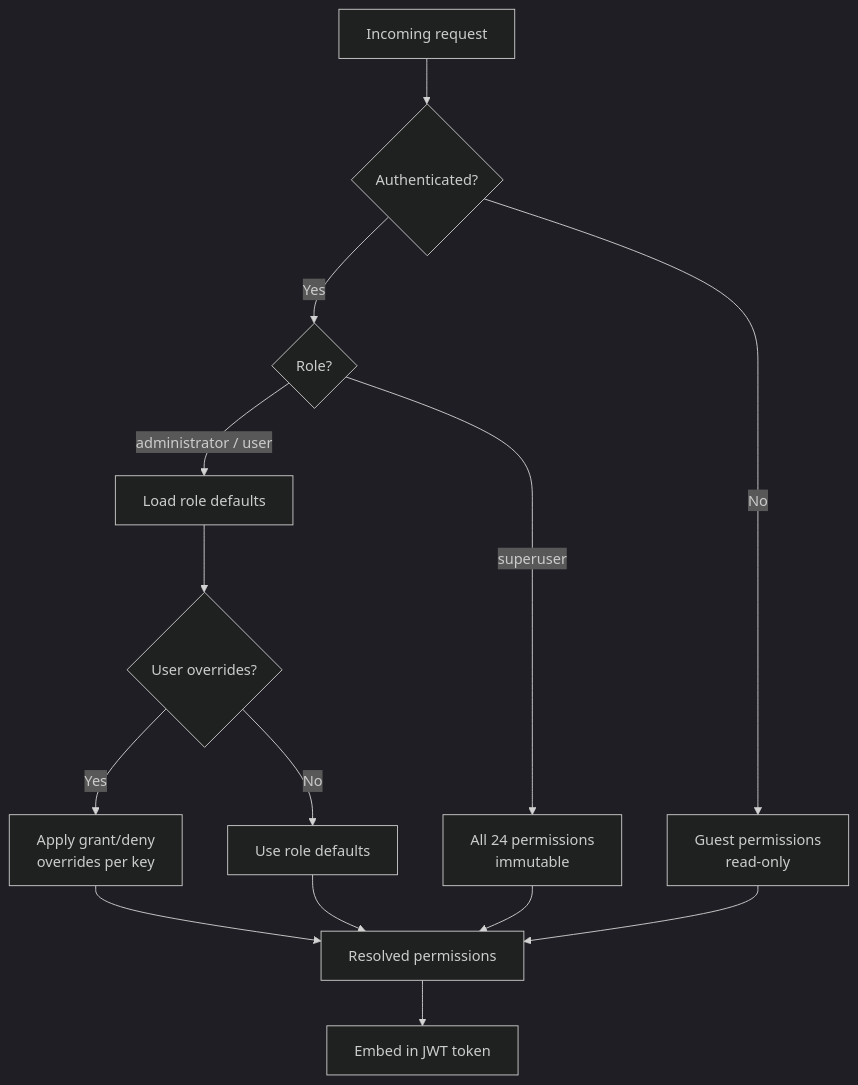
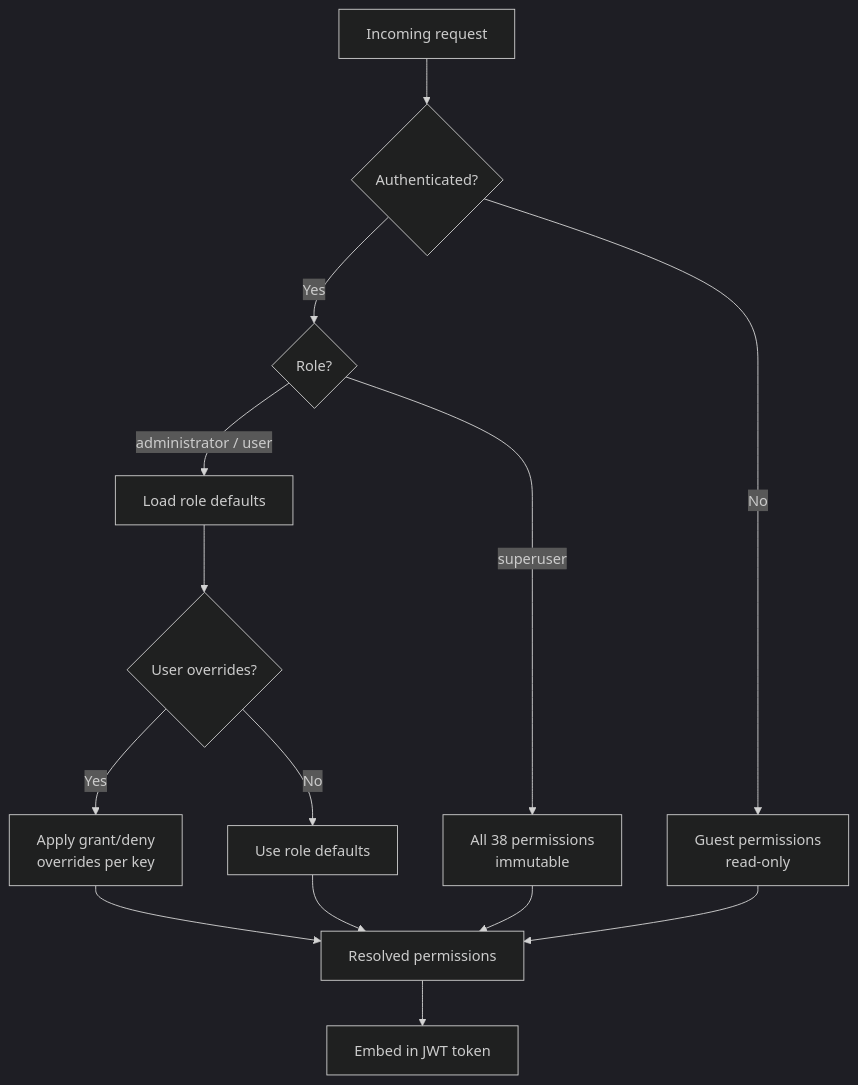
One commit to MikkoNumminen/HRManager changed the third of 5 diagrams in docs/architecture.md. Above: the diagram before and after it, drawn with Mermaid (dark theme). The commit also changed 1 other file, not shown here.

Commit message:
docs: fix drifted permission/test/coverage counts
src/permissions.ts has 38 permission keys — README claimed 34, architecture.md claimed 24. Test total updated 1828 -> 2825 and coverage to the current 98.9% line / 96.6% function (same collectCoverageFrom scope as the original numbers). Per-row test-table counts left as-is (editorial; readme-drift-sync can rebuild them).

````diff
--- a/docs/architecture.md
+++ b/docs/architecture.md
@@ -110,16 +110,16 @@
 ```mermaid
 flowchart TD
     A[Incoming request] --> B{Authenticated?}
     B -->|No| C[Guest permissions<br/>read-only]
     B -->|Yes| D{Role?}
-    D -->|superuser| E[All 24 permissions<br/>immutable]
+    D -->|superuser| E[All 38 permissions<br/>immutable]
     D -->|administrator / user| F[Load role defaults]
     F --> G{User overrides?}
     G -->|Yes| H[Apply grant/deny<br/>overrides per key]
     G -->|No| I[Use role defaults]
     H --> J[Resolved permissions]
     I --> J
     E --> J
     C --> J
     J --> K[Embed in JWT token]
 ```
````
